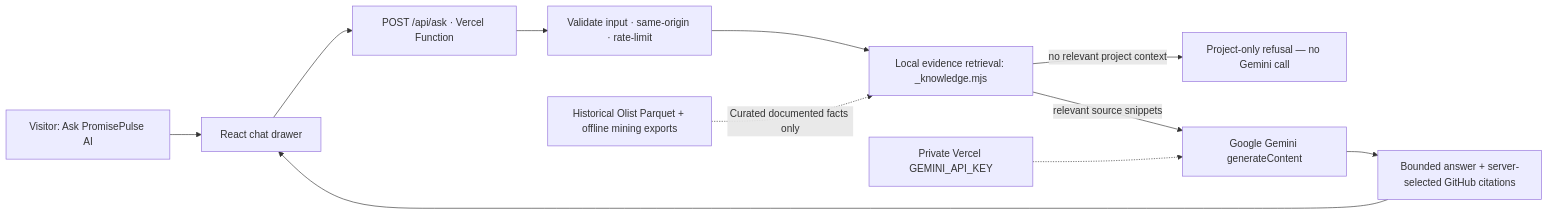
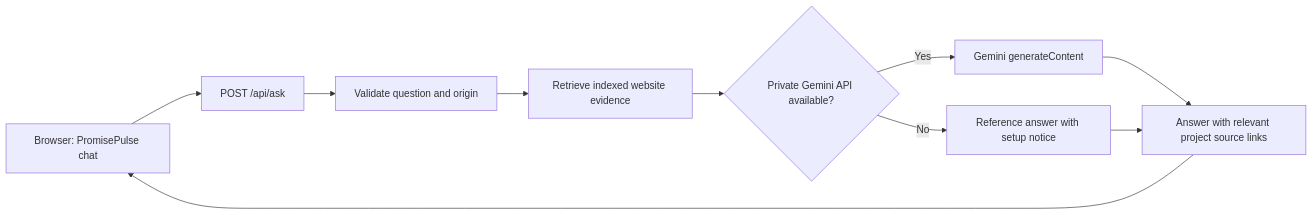
One commit to kasim672/PromisePulse changed the diagram in docs/GEMINI_RESEARCH_ASSISTANT.md. Above: the diagram before and after it, drawn with Mermaid. The commit also changed other lines of this file and 10 other files, not shown here.

First line of the commit message:
Expand PromisePulse AI to conversational website-wide knowledge (#18)

````diff
--- a/docs/GEMINI_RESEARCH_ASSISTANT.md
+++ b/docs/GEMINI_RESEARCH_ASSISTANT.md
@@ -9,13 +27,12 @@
 ```mermaid
 flowchart LR
- Visitor["Visitor: Ask PromisePulse AI"] --> React["React chat drawer"]
- React --> API["POST /api/ask · Vercel Function"]
- API --> Check["Validate input · same-origin · rate-limit"]
- Check --> Find["Local evidence retrieval: _knowledge.mjs"]
- Find -->|no relevant project context| Refuse["Project-only refusal — no Gemini call"]
- Find -->|relevant source snippets| Gemini["Google Gemini generateContent"]
- Secret["Private Vercel GEMINI_API_KEY"] -.-> Gemini
- Gemini --> Answer["Bounded answer + server-selected GitHub citations"]
- Answer --> React
- Warehouse["Historical Olist Parquet + offline mining exports"] -. "Curated documented facts only" .-> Find
+  A[Browser: PromisePulse chat] --> B[POST /api/ask]
+  B --> C[Validate question and origin]
+  C --> D[Retrieve indexed website evidence]
+  D --> E{Private Gemini API available?}
+  E -->|Yes| F[Gemini generateContent]
+  E -->|No| G[Reference answer with setup notice]
+  F --> H[Answer with relevant project source links]
+  G --> H
+  H --> A
 ```
````
